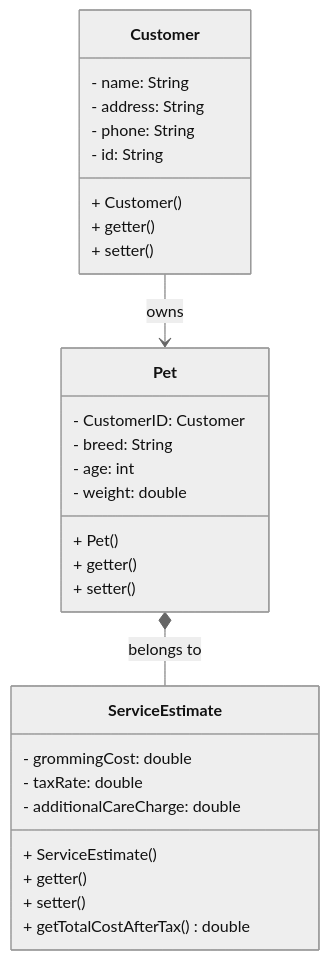
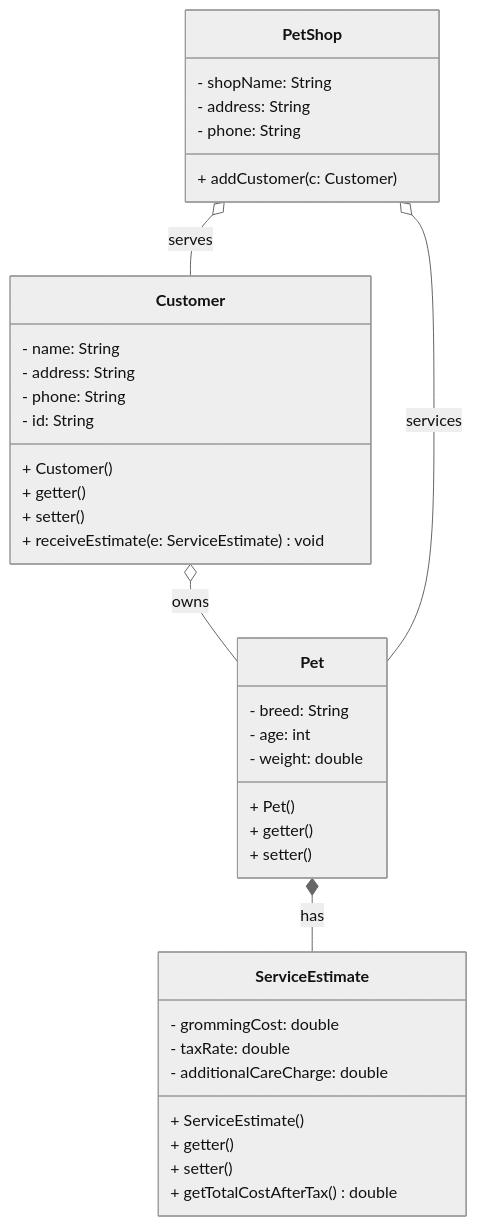
Before and after one commit to ngsang149dev/CIT-EIU: the diagram in CSE203/Lab1/Problem1/PetShop.mmd, drawn with Mermaid (neutral theme). The commit also changed other lines of this file and 17 other files, not shown here.

```diff
--- a/CSE203/Lab1/Problem1/PetShop.mmd
+++ b/CSE203/Lab1/Problem1/PetShop.mmd
@@ -1,33 +1,42 @@
 classDiagram
     class Customer {
         - name: String
         - address: String
         - phone: String
         - id: String
         + Customer()
         + getter()
         + setter()
+        + receiveEstimate(e: ServiceEstimate) void
     }
 
     class Pet {
-        - CustomerID: Customer
         - breed: String
         - age: int 
         - weight: double
         + Pet() 
         + getter()
-        + setter()
+        + setter()  
     }
 
     class ServiceEstimate {
         - grommingCost: double
         - taxRate: double
         - additionalCareCharge: double
         + ServiceEstimate()
         + getter()
         + setter()
         + getTotalCostAfterTax() double
     }
 
-    Customer --> Pet: owns
-    Pet *-- ServiceEstimate: belongs to
+    class PetShop {
+        - shopName: String
+        - address: String
+        - phone: String
+        + addCustomer(c: Customer)
+    }
+
+    Customer o-- Pet: owns
+    Pet *-- ServiceEstimate: has
+    PetShop o-- Customer: serves
+    PetShop o-- Pet: services    
```
